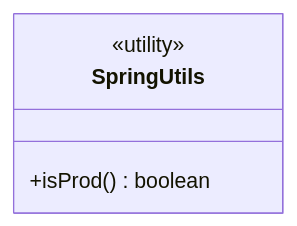
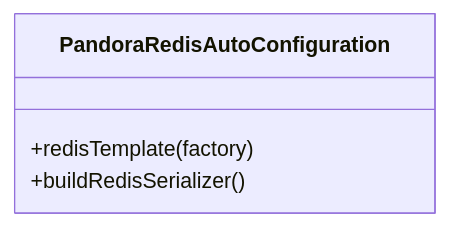
One commit to guanglei93/pandora-cloud changed the seventh of 9 diagrams in .qoder/repowiki/zh/content/项目概述.md. Above: the diagram before and after it, drawn with Mermaid. The commit also changed other lines of this file and 110 other files, not shown here.

````diff
--- a/.qoder/repowiki/zh/content/项目概述.md
+++ b/.qoder/repowiki/zh/content/项目概述.md
@@ -216,7 +211,7 @@
 ```mermaid
 classDiagram
-class SpringUtils {
-<<utility>>
-+isProd() boolean
+class PandoraRedisAutoConfiguration {
++redisTemplate(factory)
++buildRedisSerializer()
 }
 ```
````
